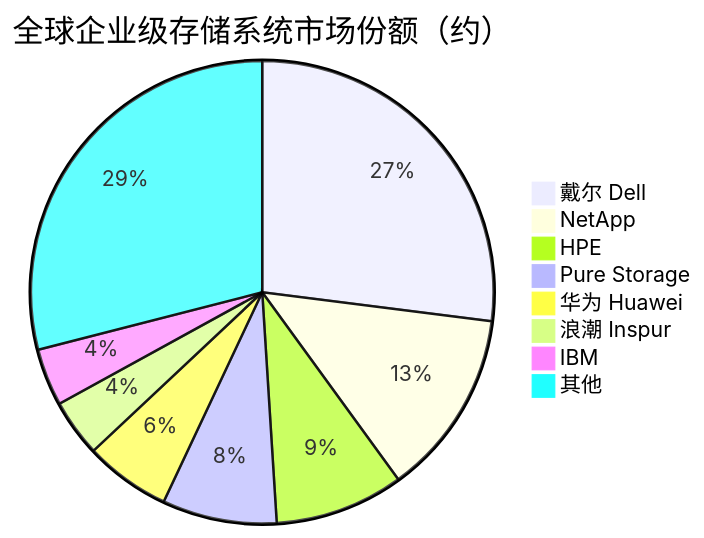
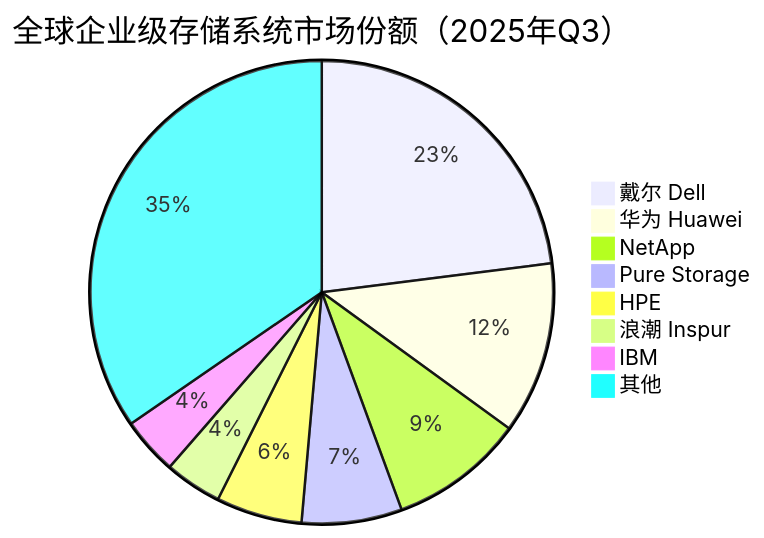
The third of 3 diagrams in 存储产业链/下游/企业级存储系统.md (blueprint1453/industry-insight), drawn with Mermaid before and after one commit. The commit also changed other lines of this file and 78 other files, not shown here.

````diff
--- a/存储产业链/下游/企业级存储系统.md
+++ b/存储产业链/下游/企业级存储系统.md
@@ -110,11 +110,11 @@
 ```mermaid
-pie title 全球企业级存储系统市场份额（约）
-    "戴尔 Dell" : 27
-    "NetApp" : 13
-    "HPE" : 9
-    "Pure Storage" : 8
-    "华为 Huawei" : 6
+pie title 全球企业级存储系统市场份额（2025年Q3）
+    "戴尔 Dell" : 23
+    "华为 Huawei" : 12.0
+    "NetApp" : 9.4
+    "Pure Storage" : 7
+    "HPE" : 6
     "浪潮 Inspur" : 4
     "IBM" : 4
-    "其他" : 29
+    "其他" : 34.6
 ```
````
